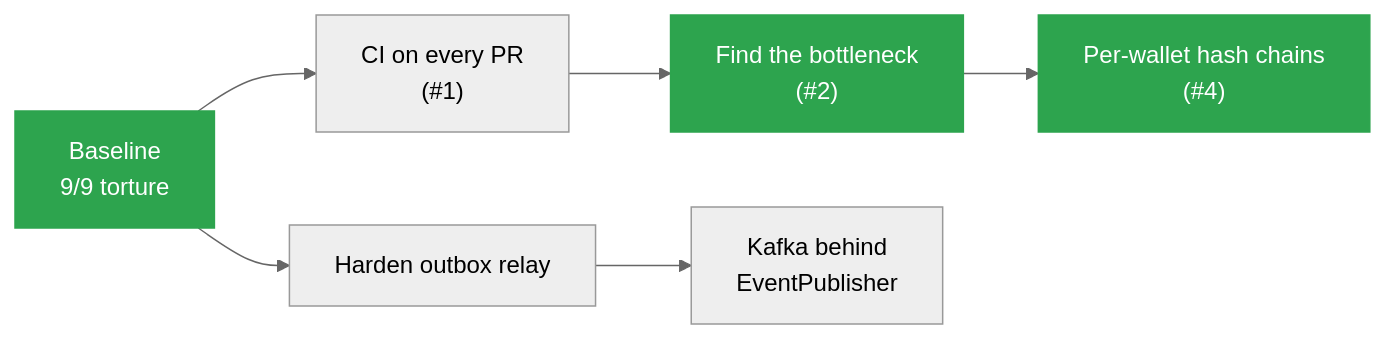
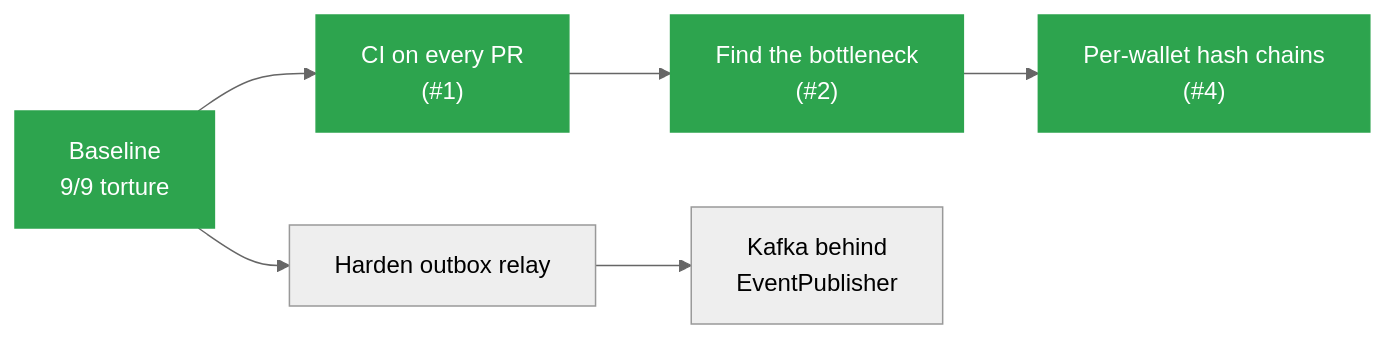
The third of 3 diagrams in README.md (nnviet06/fault-tolerant-payment-service), drawn with Mermaid (neutral theme) before and after one commit. The commit also changed other lines of this file and 1 other file, not shown here.

Commit message:
ci: run tests and torture suite on push and PR (#1)

````diff
--- a/README.md
+++ b/README.md
@@ -158,6 +158,6 @@
 ```mermaid
 flowchart LR
-    B["Baseline<br/>9/9 torture"]:::done --> CI["CI on every PR<br/>(#1)"] --> BM["Find the bottleneck<br/>(#2)"]:::done --> SH["Per-wallet hash chains<br/>(#4)"]:::done
+    B["Baseline<br/>9/9 torture"]:::done --> CI["CI on every PR<br/>(#1)"]:::done --> BM["Find the bottleneck<br/>(#2)"]:::done --> SH["Per-wallet hash chains<br/>(#4)"]:::done
     B --> RH["Harden outbox relay"] --> K["Kafka behind<br/>EventPublisher"]
     classDef done fill:#2da44e,color:#fff,stroke:#2da44e
 ```
````
